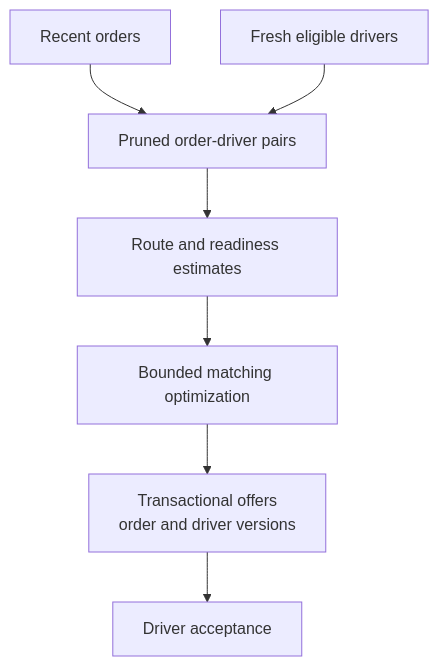
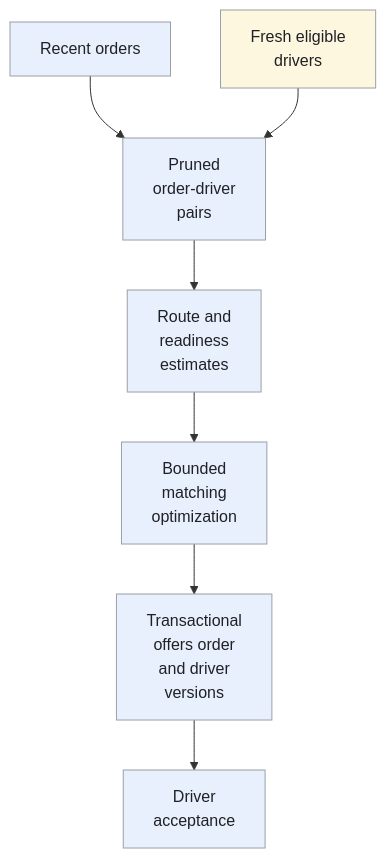
The fourth of 7 diagrams in _designs/system-design-doordash-uber-eats.md (iliazlobin/iliazlobin.github.io), drawn with Mermaid before and after one commit. The commit also changed other lines of this file and 131 other files, not shown here.

````diff
--- a/_designs/system-design-doordash-uber-eats.md
+++ b/_designs/system-design-doordash-uber-eats.md
@@ -212,9 +282,14 @@
 ```mermaid
 flowchart TB
-    O["Recent orders"] --> C["Pruned order-driver pairs"]
-    D["Fresh eligible drivers"] --> C
-    C --> E["Route and readiness estimates"]
-    E --> M["Bounded matching optimization"]
-    M --> T["Transactional offers<br>order and driver versions"]
-    T --> A["Driver acceptance"]
+    O["Recent orders"] --> C["Pruned<br>order-driver<br>pairs"]
+    D["Fresh eligible<br>drivers"] --> C
+    C --> E["Route and<br>readiness<br>estimates"]
+    E --> M["Bounded<br>matching<br>optimization"]
+    M --> T["Transactional<br>offers order<br>and driver<br>versions"]
+    T --> A["Driver<br>acceptance"]
+  classDef request fill:#e8f0fe,stroke:#9aa0a6,color:#202124,stroke-width:1px
+  classDef background fill:#e6f4ea,stroke:#9aa0a6,color:#202124,stroke-width:1px
+  classDef control fill:#fef7e0,stroke:#9aa0a6,color:#202124,stroke-width:1px
+  class O,C,E,M,T,A request
+  class D control
 ```
````
